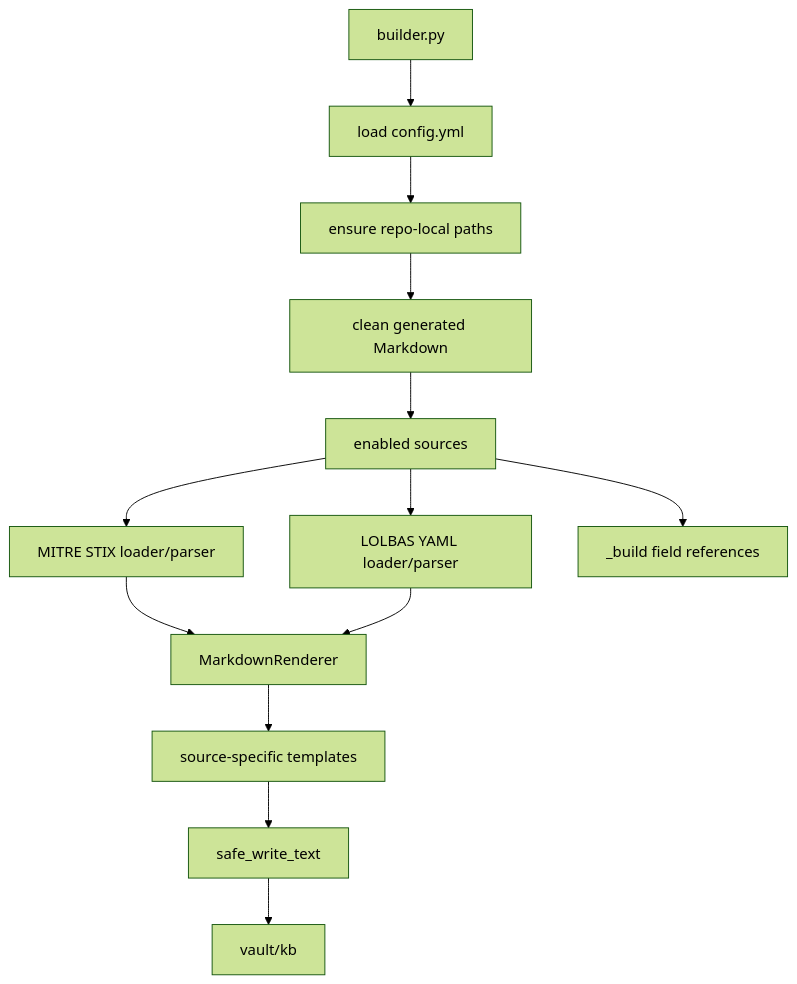
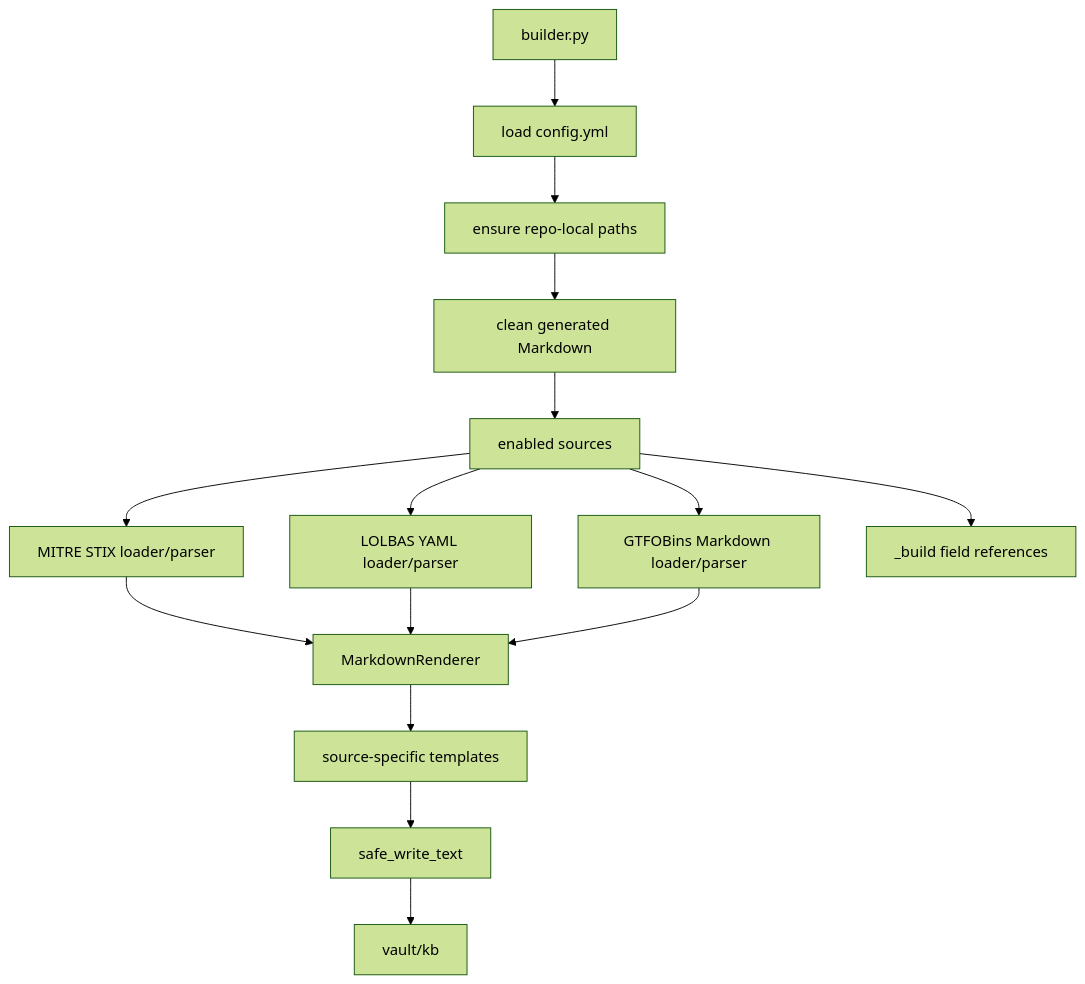
Before and after one commit to scorchederf/focuslocust: the diagram in docs/architecture.md, drawn with Mermaid (forest theme). The commit also changed other lines of this file and 8 other files, not shown here.

````diff
--- a/docs/architecture.md
+++ b/docs/architecture.md
@@ -5,15 +5,17 @@
 ```mermaid
 flowchart TD
     CLI[builder.py] --> Config[load config.yml]
     Config --> Paths[ensure repo-local paths]
     Paths --> Clean[clean generated Markdown]
     Clean --> Sources[enabled sources]
     Sources --> MITRE[MITRE STIX loader/parser]
     Sources --> LOLBAS[LOLBAS YAML loader/parser]
+    Sources --> GTFOBins[GTFOBins Markdown loader/parser]
     MITRE --> Renderer[MarkdownRenderer]
     LOLBAS --> Renderer
+    GTFOBins --> Renderer
     Renderer --> Templates[source-specific templates]
     Templates --> SafeWrite[safe_write_text]
     SafeWrite --> Vault[vault/kb]
     Sources --> BuildSummary[_build field references]
 ```
````
